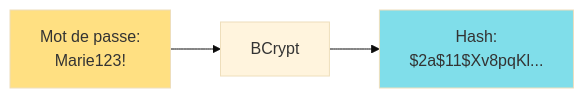
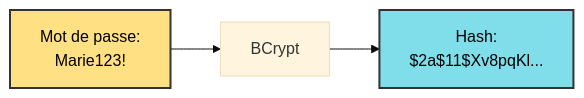
One commit to inskillflow/ASPNETCORE-WEB-API-XtraWork-PART-2-INTEGRER-INTERFACES-1 changed diagram 11 of 12 in XtraWork/14-GUIDE_COMPLET_DEBUTANT.md. Above: the diagram before and after it, drawn with Mermaid (base theme). The commit also changed other lines of this file, not shown here.

````diff
--- a/XtraWork/14-GUIDE_COMPLET_DEBUTANT.md
+++ b/XtraWork/14-GUIDE_COMPLET_DEBUTANT.md
@@ -1175,12 +1185,12 @@
 ```mermaid
 graph LR
     Password[Mot de passe:<br/>Marie123!]
     Hash[BCrypt]
     Hashed[Hash:<br/>$2a$11$Xv8pqKl...]
     
     Password --> Hash
     Hash --> Hashed
     
-    style Password fill:#FFE082
-    style Hashed fill:#80DEEA
+    style Password fill:#FFE082,color:#000,stroke:#333,stroke-width:2px
+    style Hashed fill:#80DEEA,color:#000,stroke:#333,stroke-width:2px
 ```
````
